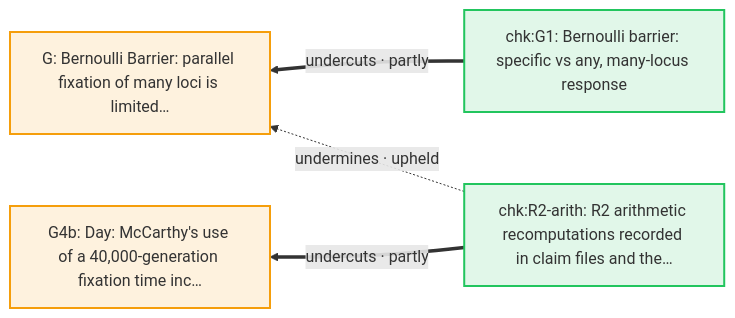
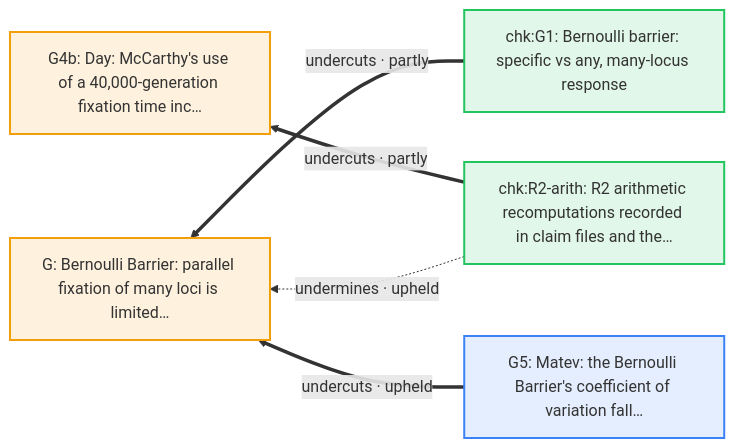
One commit to nickallevato/evo-sim changed diagram 12 of 16 in docs/arguments/defeaters.md. Above: the diagram before and after it, drawn with Mermaid. The commit also changed other lines of this file and 36 other files, not shown here.

````diff
--- a/docs/arguments/defeaters.md
+++ b/docs/arguments/defeaters.md
@@ -597,15 +613,17 @@
 ```mermaid
 flowchart RL
   classDef day fill:#f59e0b22,stroke:#f59e0b,stroke-width:2px
   classDef ally fill:#d9770622,stroke:#d97706,stroke-width:2px
   classDef critic fill:#3b82f622,stroke:#3b82f6,stroke-width:2px
   classDef literature fill:#a3a3a322,stroke:#a3a3a3,stroke-width:2px
   classDef audit fill:#22c55e22,stroke:#22c55e,stroke-width:2px
   G["G: Bernoulli Barrier: parallel fixation of many loci is limited…"]:::day
   G4b["G4b: Day: McCarthy's use of a 40,000-generation fixation time inc…"]:::day
+  G5["G5: Matev: the Bernoulli Barrier's coefficient of variation fall…"]:::critic
   chk_G1["chk:G1: Bernoulli barrier: specific vs any, many-locus response"]:::audit
   chk_R2_arith["chk:R2-arith: R2 arithmetic recomputations recorded in claim files and the…"]:::audit
   chk_R2_arith ==>|"undercuts · partly"| G4b
   chk_R2_arith -.->|"undermines · upheld"| G
   chk_G1 ==>|"undercuts · partly"| G
+  G5 ==>|"undercuts · upheld"| G
 ```
````
